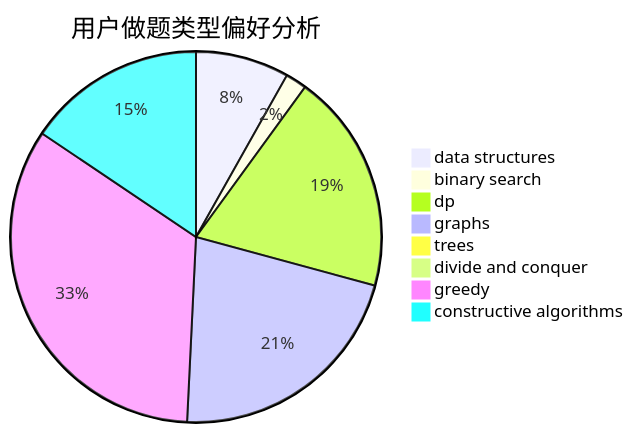
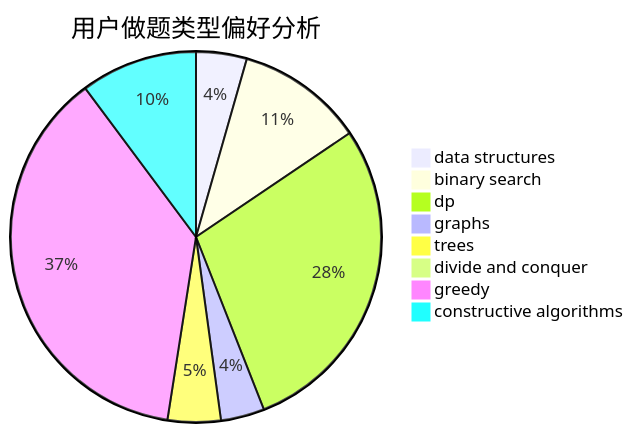
Before and after one commit to sherpahu/cfrs.github.io: the second of 3 diagrams in docs/user/u855.md, drawn with Mermaid. The commit also changed other lines of this file and 2770 other files, not shown here.

````diff
--- a/docs/user/u855.md
+++ b/docs/user/u855.md
@@ -23,11 +23,11 @@
 ```mermaid
 pie title 用户做题类型偏好分析
-    "data structures" :  101
-    "binary search" :  23
-    "dp" :  238
-    "graphs" :  267
-    "trees" :  6
-    "divide and conquer" :  10
-    "greedy" :  417
-    "constructive algorithms" :  193
+    "data structures" :  43
+    "binary search" :  108
+    "dp" :  277
+    "graphs" :  37
+    "trees" :  45
+    "divide and conquer" :  2
+    "greedy" :  363
+    "constructive algorithms" :  99
 ```
````
